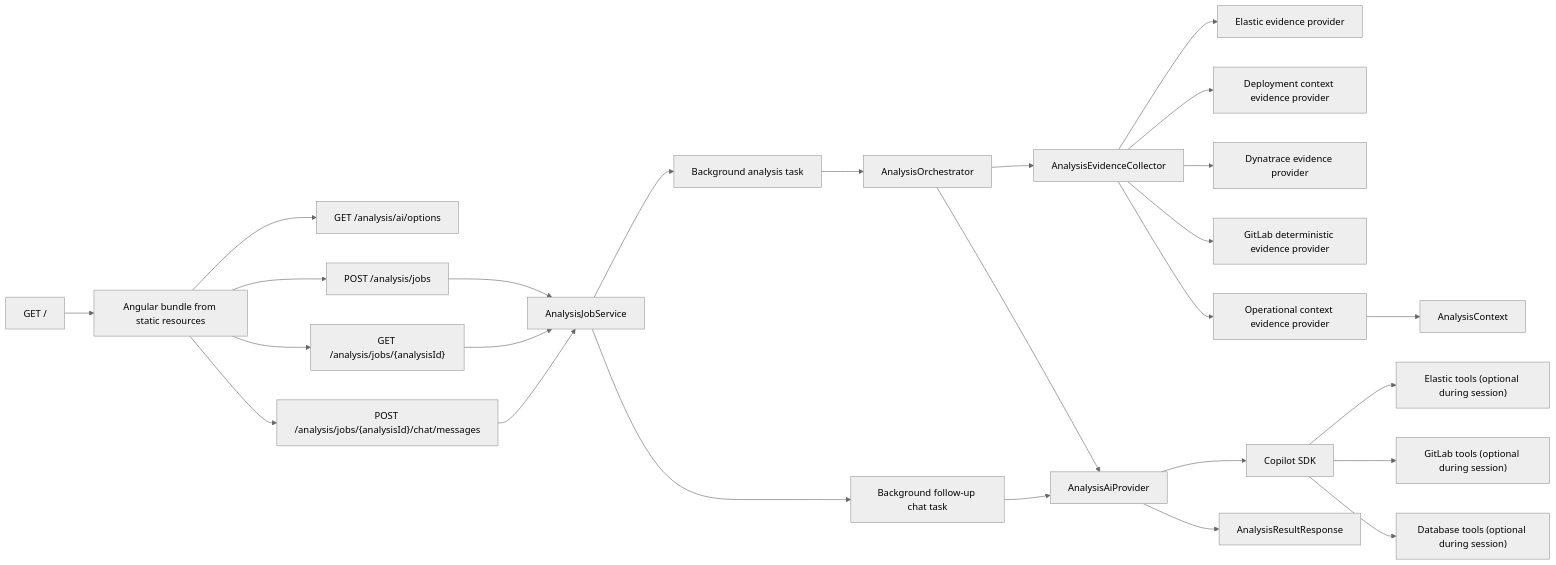
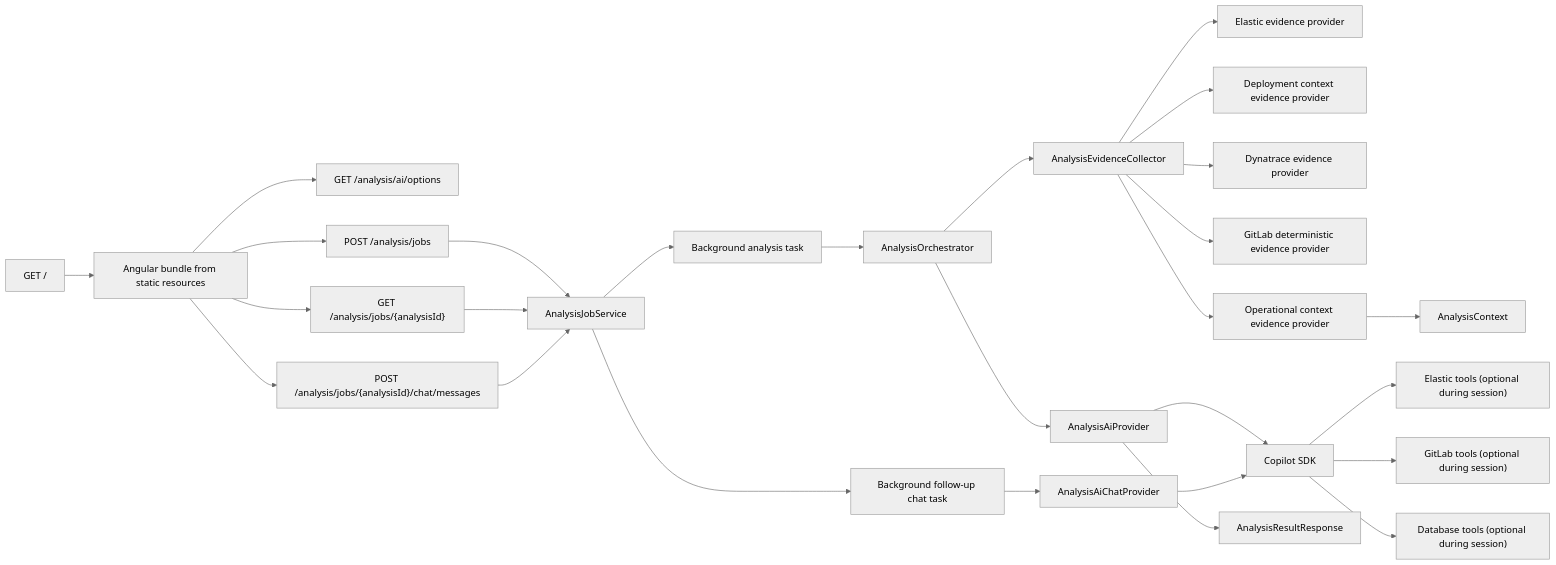
One commit to herald-assistant/incident-tracker changed the diagram in docs/architecture/01-system-overview.md. Above: the diagram before and after it, drawn with Mermaid (neutral theme). The commit also changed other lines of this file and 15 other files, not shown here.

````diff
--- a/docs/architecture/01-system-overview.md
+++ b/docs/architecture/01-system-overview.md
@@ -187,28 +192,29 @@
 ```mermaid
 flowchart LR
     A["GET /"] --> B["Angular bundle from static resources"]
     B --> U["GET /analysis/ai/options"]
     B --> C["POST /analysis/jobs"]
     C --> D["AnalysisJobService"]
     D --> E["Background analysis task"]
     E --> F["AnalysisOrchestrator"]
     F --> G["AnalysisEvidenceCollector"]
     G --> H["Elastic evidence provider"]
     G --> I["Deployment context evidence provider"]
     G --> J["Dynatrace evidence provider"]
     G --> K["GitLab deterministic evidence provider"]
     G --> L["Operational context evidence provider"]
     L --> M["AnalysisContext"]
     F --> N["AnalysisAiProvider"]
     N --> O["Copilot SDK"]
     O --> P["Elastic tools (optional during session)"]
     O --> R["GitLab tools (optional during session)"]
     O --> Q["Database tools (optional during session)"]
     N --> S["AnalysisResultResponse"]
     B --> T["GET /analysis/jobs/{analysisId}"]
     T --> D
     B --> U2["POST /analysis/jobs/{analysisId}/chat/messages"]
     U2 --> D
     D --> V["Background follow-up chat task"]
-    V --> N
+    V --> W["AnalysisAiChatProvider"]
+    W --> O
 ```
````
